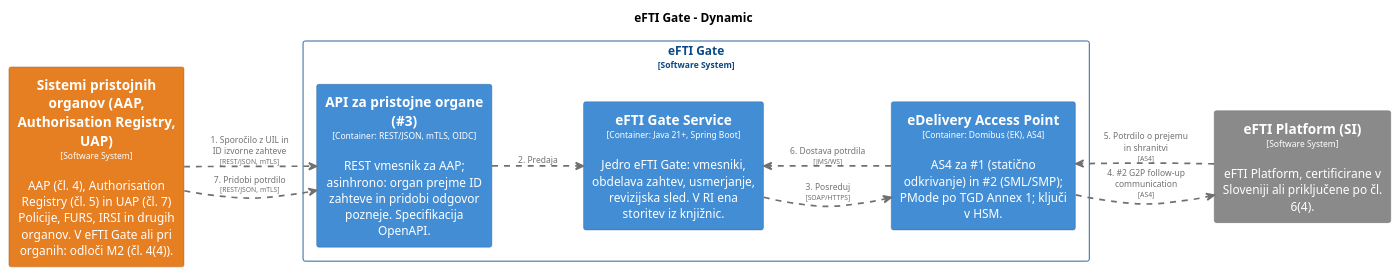
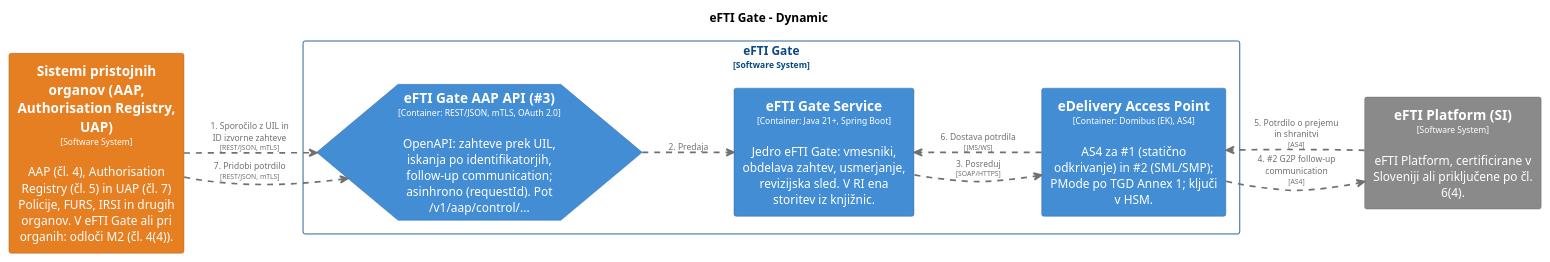
Before and after one commit to UM-KGPI/eFTI-Gate-SI: the diagram in architecture/diagrams/structurizr-D5-Nadaljnje-ukrepanje.puml, drawn with PlantUML. The commit also changed 46 other files, not shown here.

First line of the commit message:
Storitve OpenAPI: specifikacije, pogl. 7.9, Priloga E, pogled C2-API

```diff
--- a/architecture/diagrams/structurizr-D5-Nadaljnje-ukrepanje.puml
+++ b/architecture/diagrams/structurizr-D5-Nadaljnje-ukrepanje.puml
@@ -1,70 +1,70 @@
 @startuml
 set separator none
 title eFTI Gate - Dynamic
 
 left to right direction
 skinparam ranksep 60
 skinparam nodesep 30
 
 skinparam {
   arrowFontSize 10
   defaultTextAlignment center
   wrapWidth 200
   maxMessageSize 100
 }
 
 hide stereotype
 
-skinparam rectangle<<eFTIGate.APIzapristojneorgane3>> {
-  BackgroundColor #438dd5
-  FontColor #ffffff
-  BorderColor #2e6295
-  shadowing false
-}
 skinparam rectangle<<SistemipristojnihorganovAAPAuthorisationRegistryUAP>> {
   BackgroundColor #e67e22
   FontColor #ffffff
   BorderColor #a15817
   shadowing false
 }
 skinparam rectangle<<eFTIGate.eDeliveryAccessPoint>> {
+  BackgroundColor #438dd5
+  FontColor #ffffff
+  BorderColor #2e6295
+  shadowing false
+}
+skinparam hexagon<<eFTIGate.eFTIGateAAPAPI3>> {
   BackgroundColor #438dd5
   FontColor #ffffff
   BorderColor #2e6295
   shadowing false
 }
 skinparam rectangle<<eFTIGate.eFTIGateService>> {
   BackgroundColor #438dd5
   FontColor #ffffff
   BorderColor #2e6295
   shadowing false
 }
 skinparam rectangle<<eFTIPlatformSI>> {
   BackgroundColor #8a8a8a
   FontColor #ffffff
   BorderColor #606060
   shadowing false
 }
 skinparam rectangle<<eFTIGate>> {
   BorderColor #0b4884
   FontColor #0b4884
   shadowing false
 }
 
 rectangle "eFTI Gate\n<size:10>[Software System]</size>" <<eFTIGate>> {
-  rectangle "==API za pristojne organe (#3)\n<size:10>[Container: REST/JSON, mTLS, OIDC]</size>\n\nREST vmesnik za AAP; asinhrono: organ prejme ID zahteve in pridobi odgovor pozneje. Specifikacija OpenAPI." <<eFTIGate.APIzapristojneorgane3>> as eFTIGate.APIzapristojneorgane3
+  hexagon "==eFTI Gate AAP API (#3)\n<size:10>[Container: REST/JSON, mTLS, OAuth 2.0]</size>\n\nOpenAPI: zahteve prek UIL, iskanja po identifikatorjih, follow-up communication; asinhrono (requestId). Pot /v1/aap/control/..." <<eFTIGate.eFTIGateAAPAPI3>> as eFTIGate.eFTIGateAAPAPI3
   rectangle "==eDelivery Access Point\n<size:10>[Container: Domibus (EK), AS4]</size>\n\nAS4 za #1 (statično odkrivanje) in #2 (SML/SMP); PMode po TGD Annex 1; ključi v HSM." <<eFTIGate.eDeliveryAccessPoint>> as eFTIGate.eDeliveryAccessPoint
   rectangle "==eFTI Gate Service\n<size:10>[Container: Java 21+, Spring Boot]</size>\n\nJedro eFTI Gate: vmesniki, obdelava zahtev, usmerjanje, revizijska sled. V RI ena storitev iz knjižnic." <<eFTIGate.eFTIGateService>> as eFTIGate.eFTIGateService
 }
 
 rectangle "==Sistemi pristojnih organov (AAP, Authorisation Registry, UAP)\n<size:10>[Software System]</size>\n\nAAP (čl. 4), Authorisation Registry (čl. 5) in UAP (čl. 7) Policije, FURS, IRSI in drugih organov. V eFTI Gate ali pri organih: odloči M2 (čl. 4(4))." <<SistemipristojnihorganovAAPAuthorisationRegistryUAP>> as SistemipristojnihorganovAAPAuthorisationRegistryUAP
 rectangle "==eFTI Platform (SI)\n<size:10>[Software System]</size>\n\neFTI Platform, certificirane v Sloveniji ali priključene po čl. 6(4)." <<eFTIPlatformSI>> as eFTIPlatformSI
 
-SistemipristojnihorganovAAPAuthorisationRegistryUAP .[#707070,thickness=2].> eFTIGate.APIzapristojneorgane3 : "<color:#707070>1. Sporočilo z UIL in ID izvorne zahteve\n<color:#707070><size:8>[REST/JSON, mTLS]</size>"
-eFTIGate.APIzapristojneorgane3 .[#707070,thickness=2].> eFTIGate.eFTIGateService : "<color:#707070>2. Predaja"
+SistemipristojnihorganovAAPAuthorisationRegistryUAP .[#707070,thickness=2].> eFTIGate.eFTIGateAAPAPI3 : "<color:#707070>1. Sporočilo z UIL in ID izvorne zahteve\n<color:#707070><size:8>[REST/JSON, mTLS]</size>"
+eFTIGate.eFTIGateAAPAPI3 .[#707070,thickness=2].> eFTIGate.eFTIGateService : "<color:#707070>2. Predaja"
 eFTIGate.eFTIGateService .[#707070,thickness=2].> eFTIGate.eDeliveryAccessPoint : "<color:#707070>3. Posreduj\n<color:#707070><size:8>[SOAP/HTTPS]</size>"
 eFTIGate.eDeliveryAccessPoint .[#707070,thickness=2].> eFTIPlatformSI : "<color:#707070>4. #2 G2P follow-up communication\n<color:#707070><size:8>[AS4]</size>"
 eFTIPlatformSI .[#707070,thickness=2].> eFTIGate.eDeliveryAccessPoint : "<color:#707070>5. Potrdilo o prejemu in shranitvi\n<color:#707070><size:8>[AS4]</size>"
 eFTIGate.eDeliveryAccessPoint .[#707070,thickness=2].> eFTIGate.eFTIGateService : "<color:#707070>6. Dostava potrdila\n<color:#707070><size:8>[JMS/WS]</size>"
-SistemipristojnihorganovAAPAuthorisationRegistryUAP .[#707070,thickness=2].> eFTIGate.APIzapristojneorgane3 : "<color:#707070>7. Pridobi potrdilo\n<color:#707070><size:8>[REST/JSON, mTLS]</size>"
+SistemipristojnihorganovAAPAuthorisationRegistryUAP .[#707070,thickness=2].> eFTIGate.eFTIGateAAPAPI3 : "<color:#707070>7. Pridobi potrdilo\n<color:#707070><size:8>[REST/JSON, mTLS]</size>"
 @enduml
```
